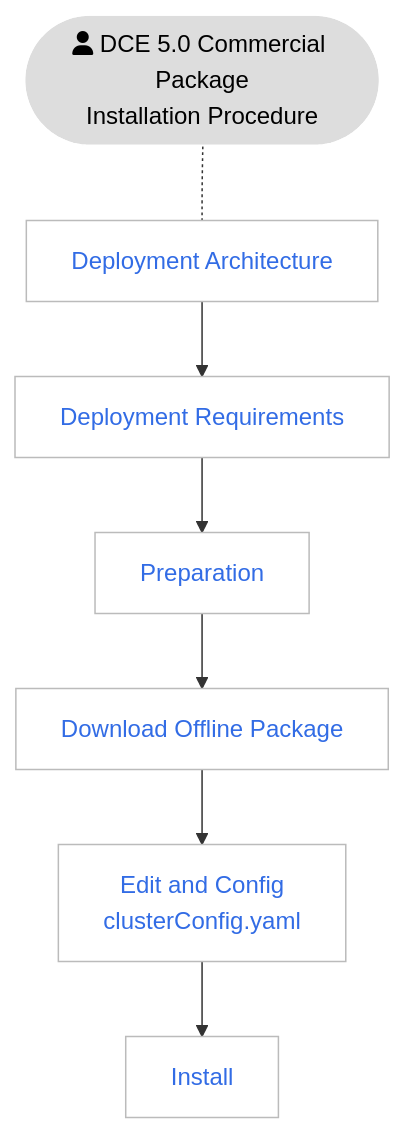
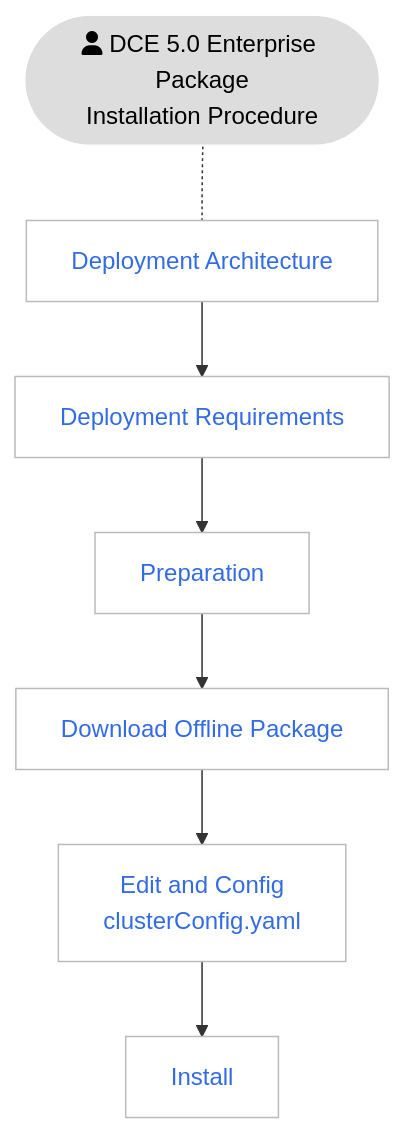
Before and after one commit to DaoCloud/DaoCloud-docs: the second of 2 diagrams in docs/en/docs/install/intro.md, drawn with Mermaid. The commit also changed other lines of this file and 22 other files, not shown here.

````diff
--- a/docs/en/docs/install/intro.md
+++ b/docs/en/docs/install/intro.md
@@ -76,27 +76,27 @@
 ```mermaid
 flowchart TB
 
-    start([fa:fa-user DCE 5.0 Commercial Package<br>Installation Procedure]) -.- arch[Deployment Architecture]
+    start([fa:fa-user DCE 5.0 Enterprise Package<br>Installation Procedure]) -.- arch[Deployment Architecture]
     arch --> deploy[Deployment Requirements]
     deploy --> prepare[Preparation]
     prepare --> download[Download Offline Package]
     download --> config[Edit and Config<br>clusterConfig.yaml]
     config --> install[Install]
 
 classDef grey fill:#dddddd,stroke:#ffffff,stroke-width:1px,color:#000000, font-size:15px;
 classDef white fill:#ffffff,stroke:#000,stroke-width:1px,color:#000,font-weight:bold
 classDef spacewhite fill:#ffffff,stroke:#fff,stroke-width:0px,color:#000
 classDef plain fill:#ddd,stroke:#fff,stroke-width:1px,color:#000;
 classDef k8s fill:#326ce5,stroke:#fff,stroke-width:1px,color:#fff;
 classDef cluster fill:#fff,stroke:#bbb,stroke-width:1px,color:#326ce5;
 
 class arch,deploy,prepare,download,config,install cluster
 class start plain
 
 click arch "https://docs.daocloud.io/en/install/commercial/deploy-arch/"
 click deploy "https://docs.daocloud.io/en/install/commercial/deploy-requirements/"
 click prepare "https://docs.daocloud.io/en/install/commercial/prepare/"
 click download "https://docs.daocloud.io/en/install/commercial/start-install/#step-1-download-offline-package"
 click config "https://docs.daocloud.io/en/install/commercial/start-install/#step-2-configure-the-cluster-configuration-file"
 click install "https://docs.daocloud.io/en/install/commercial/start-install/#step-3-start-the-installation"
 ```
````
